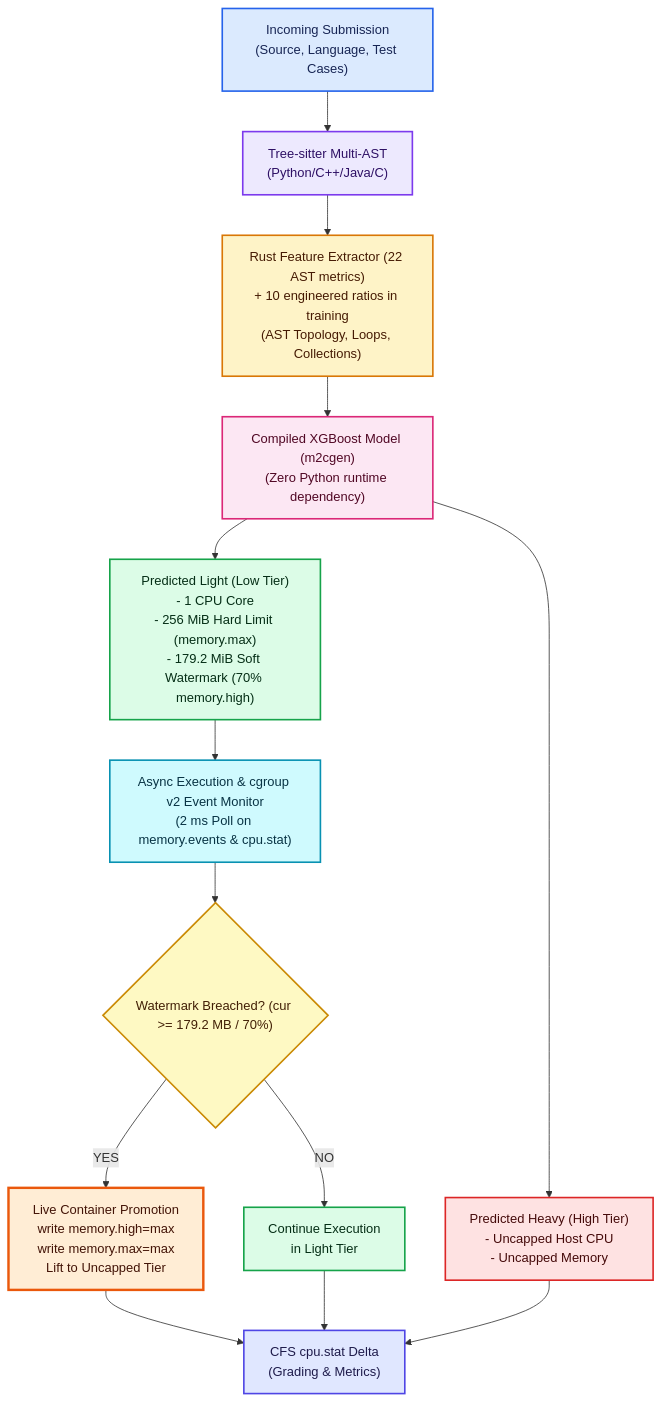
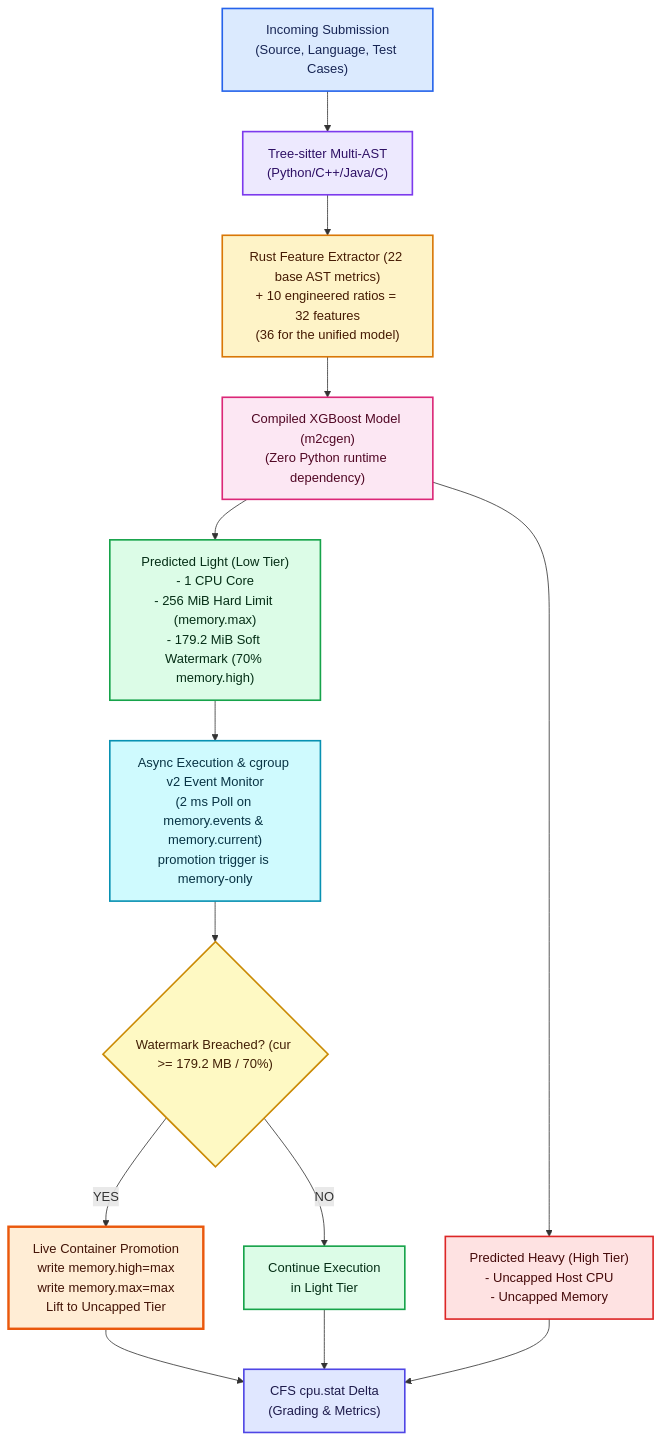
One commit to Dhanush-M-1/RAAS-OCJS-1 changed the diagram in docs/ARCHITECTURE.md. Above: the diagram before and after it, drawn with Mermaid. The commit also changed other lines of this file and 11 other files, not shown here.

````diff
--- a/docs/ARCHITECTURE.md
+++ b/docs/ARCHITECTURE.md
@@ -16,41 +16,41 @@
 ```mermaid
 flowchart TD
     A["Incoming Submission<br/>(Source, Language, Test Cases)"]:::input
 
     B["Tree-sitter Multi-AST<br/>(Python/C++/Java/C)"]:::parser
 
-    C["Rust Feature Extractor (22 AST metrics)<br/>+ 10 engineered ratios in training<br/>(AST Topology, Loops, Collections)"]:::processing
+    C["Rust Feature Extractor (22 base AST metrics)<br/>+ 10 engineered ratios = 32 features<br/>(36 for the unified model)"]:::processing
 
     D["Compiled XGBoost Model (m2cgen)<br/>(Zero Python runtime dependency)"]:::model
 
     A --> B --> C --> D
 
     D --> E["Predicted Light (Low Tier)<br/>- 1 CPU Core<br/>- 256 MiB Hard Limit (memory.max)<br/>- 179.2 MiB Soft Watermark (70% memory.high)"]:::light
 
     D --> F["Predicted Heavy (High Tier)<br/>- Uncapped Host CPU<br/>- Uncapped Memory"]:::heavy
 
-    E --> G["Async Execution & cgroup v2 Event Monitor<br/>(2 ms Poll on memory.events & cpu.stat)"]:::monitor
+    E --> G["Async Execution & cgroup v2 Event Monitor<br/>(2 ms Poll on memory.events & memory.current)<br/>promotion trigger is memory-only"]:::monitor
 
     G --> H{"Watermark Breached? (cur >= 179.2 MB / 70%)"}:::decision
 
     H -->|YES| I["Live Container Promotion<br/>write memory.high=max<br/>write memory.max=max<br/>Lift to Uncapped Tier"]:::promotion
 
     H -->|NO| J["Continue Execution<br/>in Light Tier"]:::light
 
     I --> K["CFS cpu.stat Delta<br/>(Grading & Metrics)"]:::metrics
     J --> K
     F --> K
 
     classDef input fill:#dbeafe,stroke:#2563eb,stroke-width:2px,color:#172554
     classDef parser fill:#ede9fe,stroke:#7c3aed,stroke-width:2px,color:#2e1065
     classDef processing fill:#fef3c7,stroke:#d97706,stroke-width:2px,color:#451a03
     classDef model fill:#fce7f3,stroke:#db2777,stroke-width:2px,color:#500724
 
     classDef light fill:#dcfce7,stroke:#16a34a,stroke-width:2px,color:#052e16
     classDef heavy fill:#fee2e2,stroke:#dc2626,stroke-width:2px,color:#450a0a
 
     classDef monitor fill:#cffafe,stroke:#0891b2,stroke-width:2px,color:#083344
     classDef decision fill:#fef9c3,stroke:#ca8a04,stroke-width:2px,color:#422006
     classDef promotion fill:#ffedd5,stroke:#ea580c,stroke-width:3px,color:#431407
     classDef metrics fill:#e0e7ff,stroke:#4f46e5,stroke-width:2px,color:#1e1b4b
 ```
````
